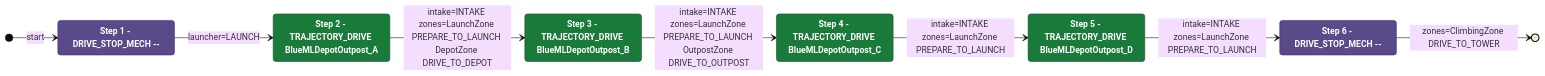
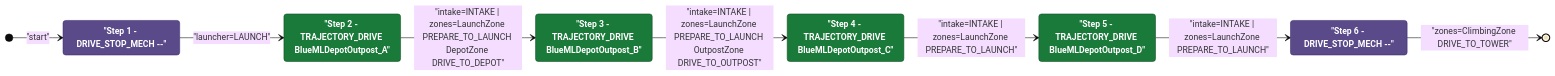
Before and after one commit to Team302/2026Rebuilt: the diagram in documents/auton/BlueHubLaunch0DepOutScoreClimb.md, drawn with Mermaid (base theme). The commit also changed 242 other files, not shown here.

Commit message:
Regenerated diagrams with fixed red

````diff
--- a/documents/auton/BlueHubLaunch0DepOutScoreClimb.md
+++ b/documents/auton/BlueHubLaunch0DepOutScoreClimb.md
@@ -8,30 +8,30 @@
 ```mermaid
 stateDiagram-v2
     direction LR
 
     %% Green = intake active, Purple = intake off
     classDef intake  fill:#1a7a3a,color:#ffffff,stroke:#0d4a1f,font-weight:bold
     classDef noIntake fill:#5a4a8a,color:#ffffff,stroke:#3a2a6a,font-weight:bold
 
-    Step1 : Step 1 - DRIVE_STOP_MECH --
-    Step2 : Step 2 - TRAJECTORY_DRIVE BlueMLDepotOutpost_A
-    Step3 : Step 3 - TRAJECTORY_DRIVE BlueMLDepotOutpost_B
-    Step4 : Step 4 - TRAJECTORY_DRIVE BlueMLDepotOutpost_C
-    Step5 : Step 5 - TRAJECTORY_DRIVE BlueMLDepotOutpost_D
-    Step6 : Step 6 - DRIVE_STOP_MECH --
+    Step1 : "Step 1 - DRIVE_STOP_MECH --"
+    Step2 : "Step 2 - TRAJECTORY_DRIVE BlueMLDepotOutpost_A"
+    Step3 : "Step 3 - TRAJECTORY_DRIVE BlueMLDepotOutpost_B"
+    Step4 : "Step 4 - TRAJECTORY_DRIVE BlueMLDepotOutpost_C"
+    Step5 : "Step 5 - TRAJECTORY_DRIVE BlueMLDepotOutpost_D"
+    Step6 : "Step 6 - DRIVE_STOP_MECH --"
 
     class Step1 noIntake
     class Step2 intake
     class Step3 intake
     class Step4 intake
     class Step5 intake
     class Step6 noIntake
 
-    [*] --> Step1 : start
-    Step1 --> Step2: launcher=LAUNCH
-    Step2 --> Step3: intake=INTAKE zones=LaunchZone PREPARE_TO_LAUNCH DepotZone DRIVE_TO_DEPOT
-    Step3 --> Step4: intake=INTAKE zones=LaunchZone PREPARE_TO_LAUNCH OutpostZone DRIVE_TO_OUTPOST
-    Step4 --> Step5: intake=INTAKE zones=LaunchZone PREPARE_TO_LAUNCH
-    Step5 --> Step6: intake=INTAKE zones=LaunchZone PREPARE_TO_LAUNCH
-    Step6 --> [*]: zones=ClimbingZone DRIVE_TO_TOWER
+    [*] --> Step1 : "start"
+    Step1 --> Step2: "launcher=LAUNCH"
+    Step2 --> Step3: "intake=INTAKE | zones=LaunchZone PREPARE_TO_LAUNCH DepotZone DRIVE_TO_DEPOT"
+    Step3 --> Step4: "intake=INTAKE | zones=LaunchZone PREPARE_TO_LAUNCH OutpostZone DRIVE_TO_OUTPOST"
+    Step4 --> Step5: "intake=INTAKE | zones=LaunchZone PREPARE_TO_LAUNCH"
+    Step5 --> Step6: "intake=INTAKE | zones=LaunchZone PREPARE_TO_LAUNCH"
+    Step6 --> [*]: "zones=ClimbingZone DRIVE_TO_TOWER"
 ```
````
